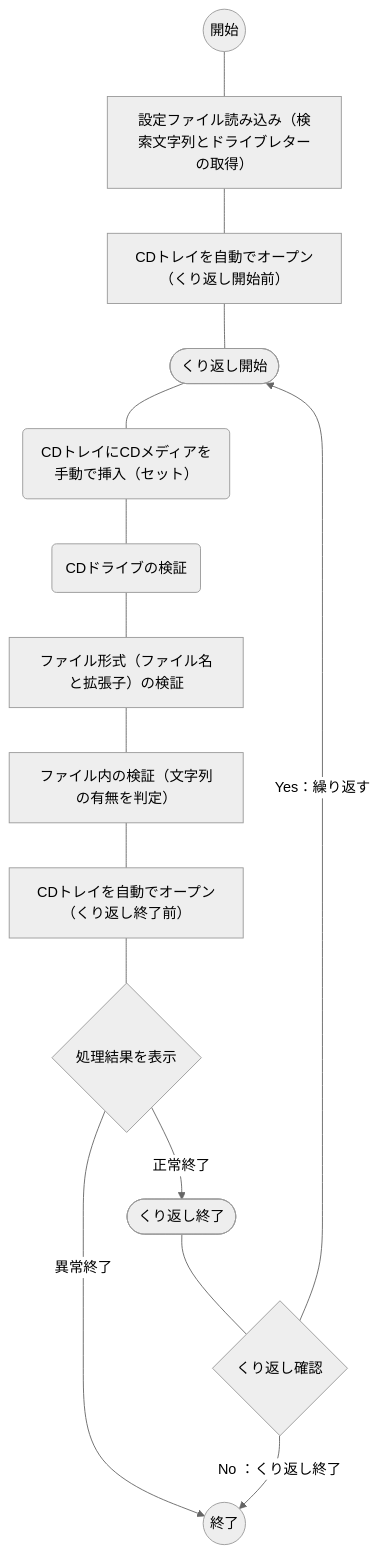
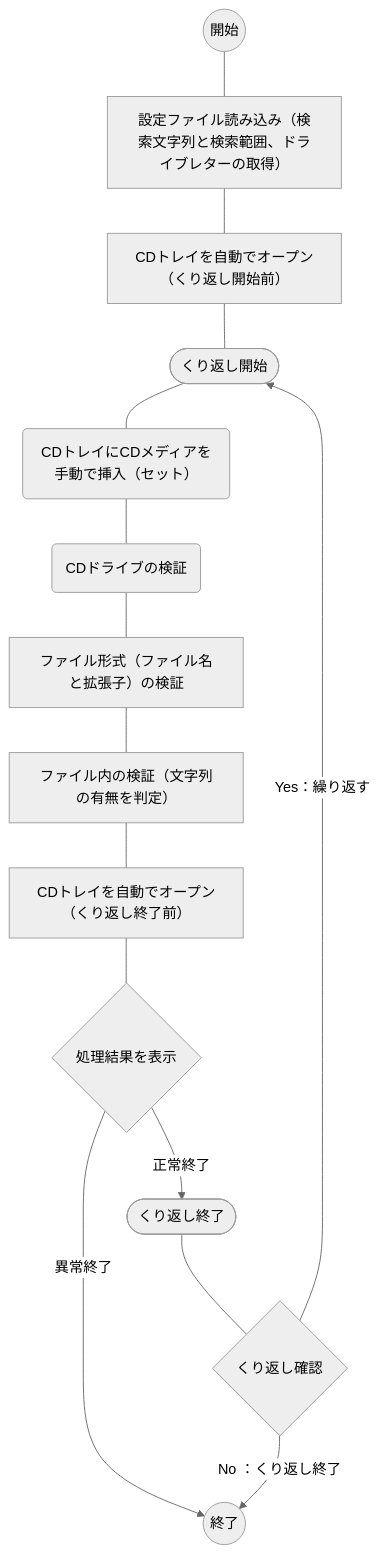
Before and after one commit to akiGAMEBOY/haretokidoki_zn: the diagram in articles/f1634c386ffc1d.md, drawn with Mermaid (neutral theme).

````diff
--- a/articles/f1634c386ffc1d.md
+++ b/articles/f1634c386ffc1d.md
@@ -44,17 +44,17 @@
 ```mermaid
 flowchart TB
-    A(("開始")) --- B["設定ファイル読み込み（検索文字列とドライブレターの取得）"]
+    A(("開始")) --- B["設定ファイル読み込み（検索文字列と検索範囲、ドライブレターの取得）"]
     B --- C["CDトレイを自動でオープン（くり返し開始前）"]
     C --- D(["くり返し開始"])
     D --- E("CDトレイにCDメディアを手動で挿入（セット）")
     E --- F("CDドライブの検証")
     F --- G["ファイル形式（ファイル名と拡張子）の検証"]
     G --- H["ファイル内の検証（文字列の有無を判定）"]
     H --- I["CDトレイを自動でオープン（くり返し終了前）"]
     I --- J{"処理結果を表示"}
     J --> |"正常終了"| K(["くり返し終了"])
     J --> |"異常終了"| M(("終了"))
     K --- L{"くり返し確認"}
     L --> |"Yes：繰り返す"| D
     L --> |"No ：くり返し終了"| M
 ```
````
